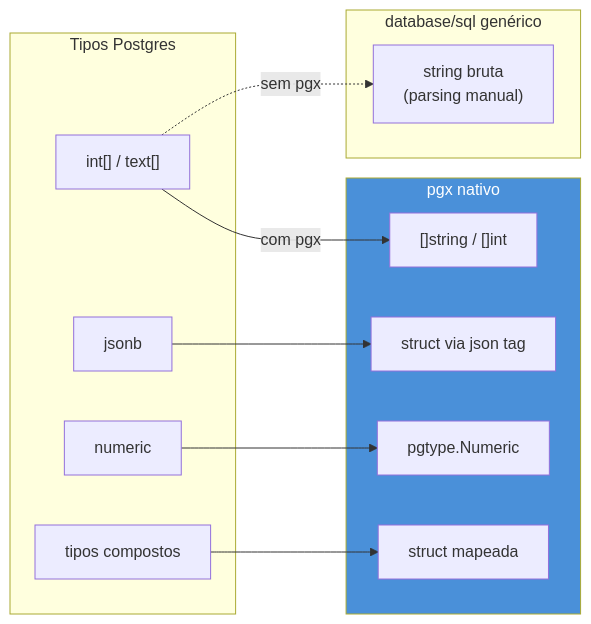
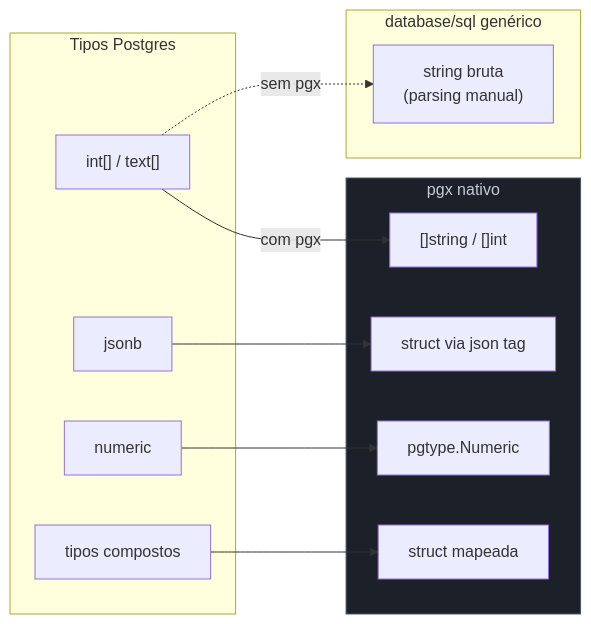
One commit to josenaldo/codex-technomanticus changed the second of 2 diagrams in 03-Dominios/Tecnologia/Go/11 - Persistência/04 - pgx — o driver Postgres avançado.md. Above: the diagram before and after it, drawn with Mermaid. The commit also changed other lines of this file and 1181 other files, not shown here.

First line of the commit message:
fix(diagramas): paleta do sistema no lugar de cor cravada no markdown

````diff
--- a/03-Dominios/Tecnologia/Go/11 - Persistência/04 - pgx — o driver Postgres avançado.md
+++ b/03-Dominios/Tecnologia/Go/11 - Persistência/04 - pgx — o driver Postgres avançado.md
@@ -172,26 +174,27 @@
 ```mermaid
 flowchart LR
+    classDef neutro fill:#1B2029,stroke:#4E5666,color:#C6CCD8
     subgraph PG["Tipos Postgres"]
         A1["int[] / text[]"]
         A2["jsonb"]
         A3["numeric"]
         A4["tipos compostos"]
     end
     subgraph SQLGeneric["database/sql genérico"]
         B1["string bruta\n(parsing manual)"]
     end
     subgraph PgxNative["pgx nativo"]
         C1["[]string / []int"]
         C2["struct via json tag"]
         C3["pgtype.Numeric"]
         C4["struct mapeada"]
     end
 
     A1 -.->|"sem pgx"| B1
     A1 -->|"com pgx"| C1
     A2 --> C2
     A3 --> C3
     A4 --> C4
 
-    style PgxNative fill:#4A90D9,color:#fff
+    class PgxNative neutro
 ```
````
